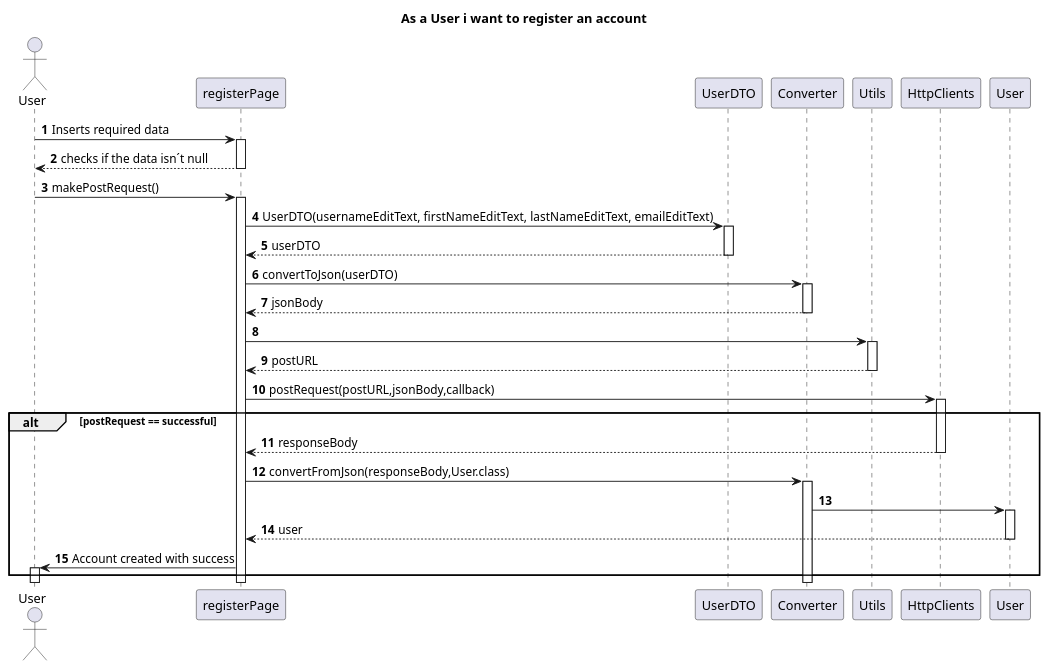
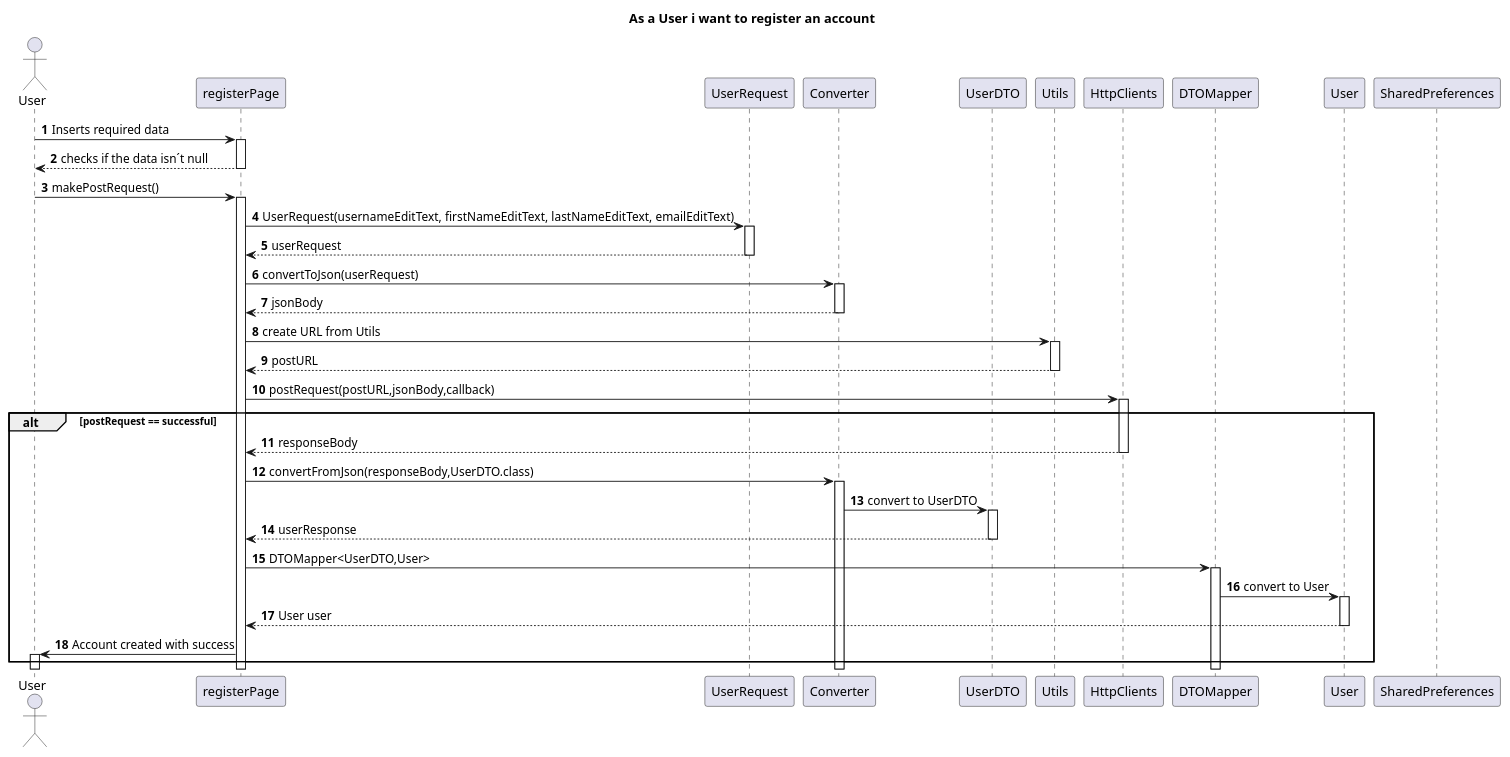
One commit to IsepMartimOliveira/DSSMV_ProjectDroid_1181754 changed the diagram in Documents/US/US01/SD.puml. Above: the diagram before and after it, drawn with PlantUML. The commit also changed 6 other files, not shown here.

```diff
--- a/Documents/US/US01/SD.puml
+++ b/Documents/US/US01/SD.puml
@@ -1,34 +1,40 @@
 @startuml
 autoactivate on
 autonumber
 title As a User i want to register an account
 autonumber
 actor "User" as US
 participant registerPage as RP
+participant "UserRequest" as Request
+participant "Converter" as CV
 participant "UserDTO" as  DTO
-participant "Converter" as CV
+
 participant Utils as Utils
 participant HttpClients as HTTP
+participant DTOMapper as Mapper
 
 participant "User" as User
-
+participant SharedPreferences as SP
 
 US->RP:Inserts required data
 RP-->US:checks if the data isn´t null
 US->RP:makePostRequest()
-RP->DTO:UserDTO(usernameEditText, firstNameEditText, lastNameEditText, emailEditText)
-DTO-->RP:userDTO
-RP->CV:convertToJson(userDTO)
+RP->Request:UserRequest(usernameEditText, firstNameEditText, lastNameEditText, emailEditText)
+Request-->RP:userRequest
+RP->CV:convertToJson(userRequest)
 CV-->RP:jsonBody
-RP->Utils:
+RP->Utils:create URL from Utils
 Utils-->RP:postURL
 RP->HTTP:postRequest(postURL,jsonBody,callback)
 alt postRequest == successful
 HTTP-->RP:responseBody
-RP->CV:convertFromJson(responseBody,User.class)
-CV->User
-User-->RP:user
+RP->CV:convertFromJson(responseBody,UserDTO.class)
+CV->DTO:convert to UserDTO
+DTO-->RP:userResponse
+RP->Mapper:DTOMapper<UserDTO,User>
+Mapper->User:convert to User
+User-->RP:User user
 RP->US:Account created with success
 end
 
 @enduml
```
